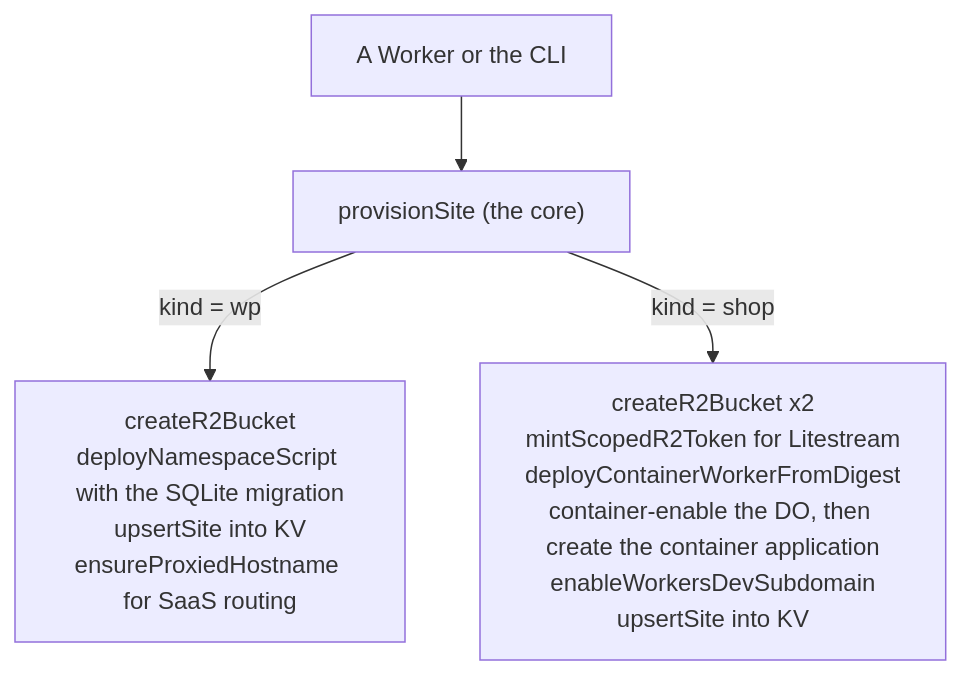
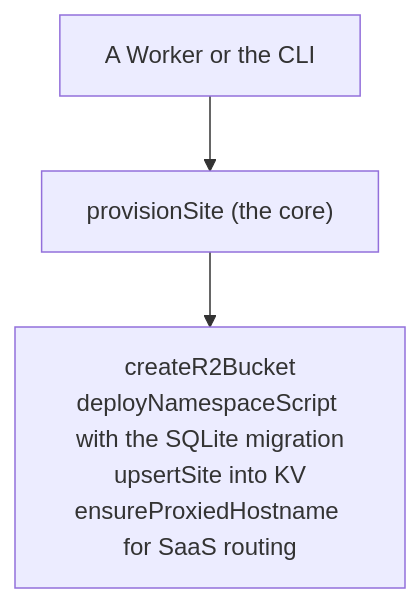
One commit to skyphusion-labs/pagefeather changed the second of 2 diagrams in docs/framework.md. Above: the diagram before and after it, drawn with Mermaid. The commit also changed other lines of this file and 7 other files, not shown here.

````diff
--- a/docs/framework.md
+++ b/docs/framework.md
@@ -34,6 +35,5 @@
 ```mermaid
 flowchart TD
   CALLER["A Worker or the CLI"] --> CORE["provisionSite (the core)"]
-  CORE -->|"kind = wp"| WPSEQ["createR2Bucket<br/>deployNamespaceScript with the SQLite migration<br/>upsertSite into KV<br/>ensureProxiedHostname for SaaS routing"]
-  CORE -->|"kind = shop"| SHOPSEQ["createR2Bucket x2<br/>mintScopedR2Token for Litestream<br/>deployContainerWorkerFromDigest<br/>container-enable the DO, then create the container application<br/>enableWorkersDevSubdomain<br/>upsertSite into KV"]
+  CORE --> WPSEQ["createR2Bucket<br/>deployNamespaceScript with the SQLite migration<br/>upsertSite into KV<br/>ensureProxiedHostname for SaaS routing"]
 ```
````
